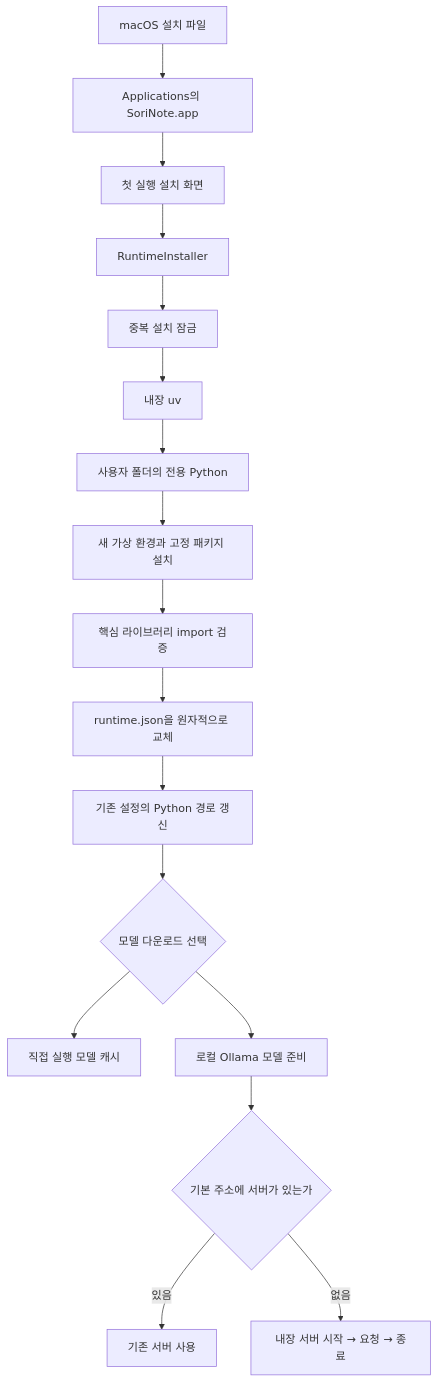
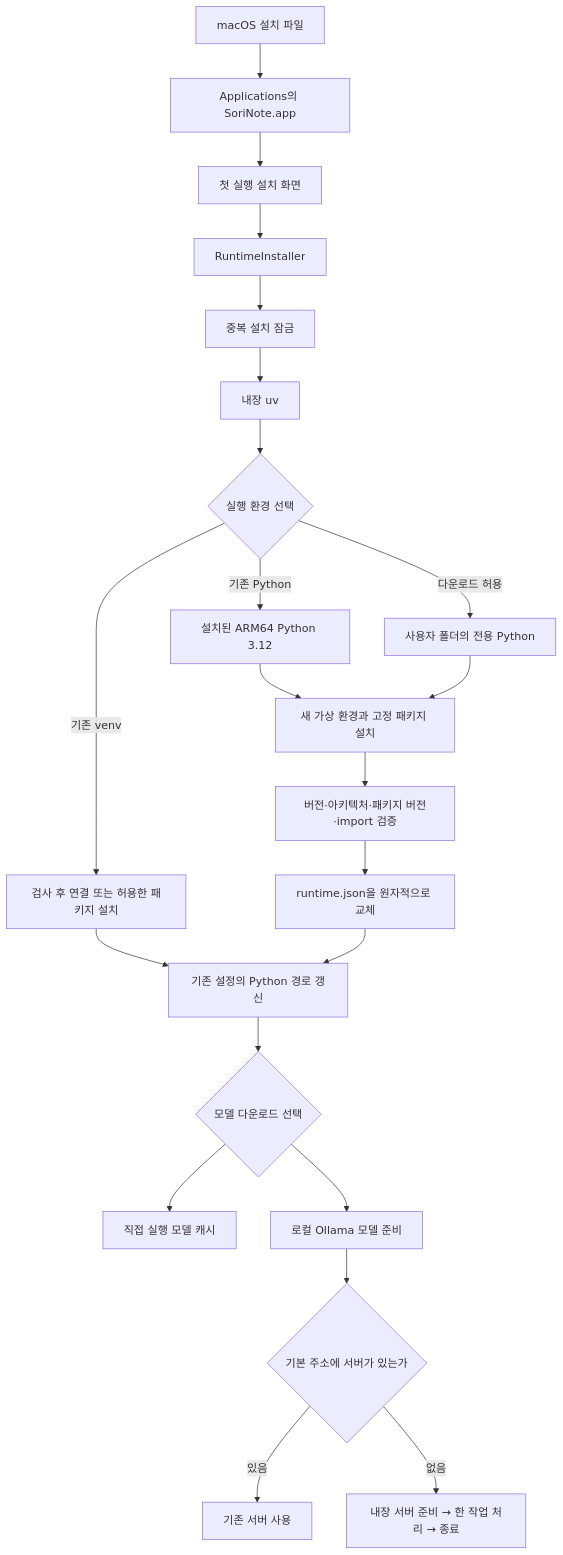
One commit to ntkjh80/soundnote changed the diagram in docs/INSTALLATION.md. Above: the diagram before and after it, drawn with Mermaid. The commit also changed other lines of this file and 56 other files, not shown here.

````diff
--- a/docs/INSTALLATION.md
+++ b/docs/INSTALLATION.md
@@ -91,19 +158,24 @@
 ```mermaid
 flowchart TD
     PKG[macOS 설치 파일] --> APP[Applications의 SoriNote.app]
     APP --> UI[첫 실행 설치 화면]
     UI --> RI[RuntimeInstaller]
     RI --> LOCK[중복 설치 잠금]
     LOCK --> UV[내장 uv]
-    UV --> PY[사용자 폴더의 전용 Python]
+    UV --> SELECT{실행 환경 선택}
+    SELECT -->|기존 Python| LOCAL[설치된 ARM64 Python 3.12]
+    SELECT -->|기존 venv| REUSEENV[검사 후 연결 또는 허용한 패키지 설치]
+    SELECT -->|다운로드 허용| PY[사용자 폴더의 전용 Python]
+    LOCAL --> ENV
+    REUSEENV --> SETTINGS
     PY --> ENV[새 가상 환경과 고정 패키지 설치]
-    ENV --> CHECK[핵심 라이브러리 import 검증]
+    ENV --> CHECK[버전·아키텍처·패키지 버전·import 검증]
     CHECK --> READY[runtime.json을 원자적으로 교체]
     READY --> SETTINGS[기존 설정의 Python 경로 갱신]
     SETTINGS --> MODELS{모델 다운로드 선택}
     MODELS --> HF[직접 실행 모델 캐시]
     MODELS --> API[로컬 Ollama 모델 준비]
     API --> EXIST{기본 주소에 서버가 있는가}
     EXIST -->|있음| REUSE[기존 서버 사용]
-    EXIST -->|없음| OWN[내장 서버 시작 → 요청 → 종료]
+    EXIST -->|없음| OWN[내장 서버 준비 → 한 작업 처리 → 종료]
 ```
````
